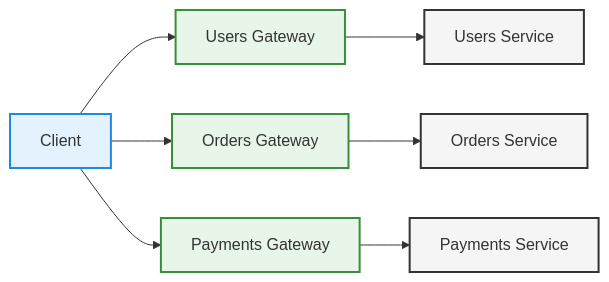
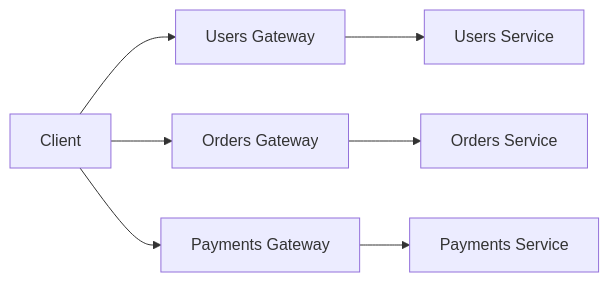
One commit to JoaquinBenegas2/distributed-systems-in-java changed the fifth of 7 diagrams in api-gateway/API-GATEWAY.md. Above: the diagram before and after it, drawn with Mermaid. The commit also changed other lines of this file, not shown here.

Commit message:
docs(api-gateway): remove redundant class definitions and colors from diagrams

````diff
--- a/api-gateway/API-GATEWAY.md
+++ b/api-gateway/API-GATEWAY.md
@@ -331,18 +301,10 @@
 ```mermaid
 flowchart LR
     Client[Client] --> UsersGateway[Users Gateway]
     Client --> OrdersGateway[Orders Gateway]
     Client --> PaymentsGateway[Payments Gateway]
 
     UsersGateway --> UsersService[Users Service]
     OrdersGateway --> OrdersService[Orders Service]
     PaymentsGateway --> PaymentsService[Payments Service]
-
-    classDef client fill:#e3f2fd,stroke:#1e88e5,stroke-width:2px
-    classDef domainGateway fill:#e8f5e9,stroke:#388e3c,stroke-width:2px
-    classDef service fill:#f5f5f5,stroke:#333,stroke-width:2px
-
-    class Client client
-    class UsersGateway,OrdersGateway,PaymentsGateway domainGateway
-    class UsersService,OrdersService,PaymentsService service
 ```
````
